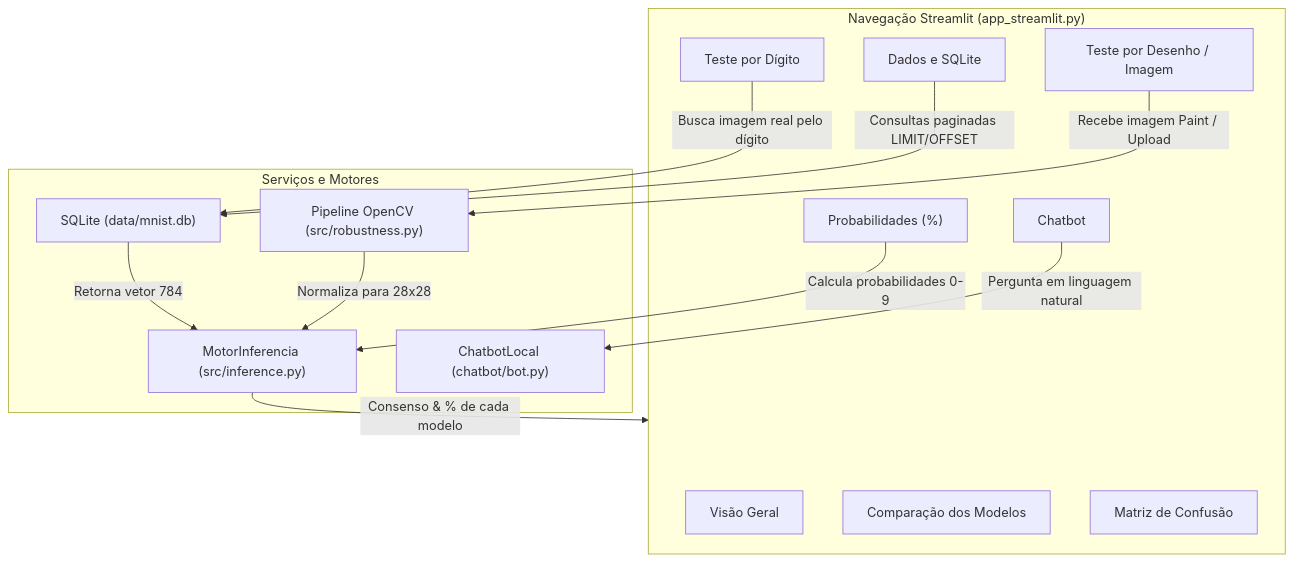
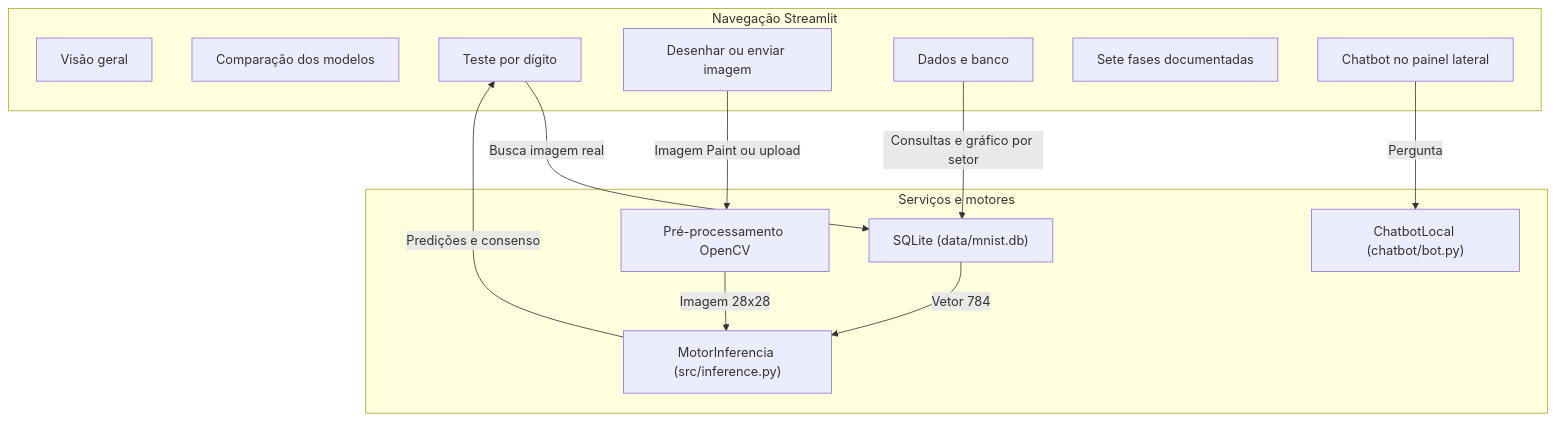
The diagram in docs/etapas/05_streamlit_chatbot.md (Carlos779-cloud/SCTEC_2026_Projeto_Final), drawn with Mermaid before and after one commit. The commit also changed other lines of this file and 17 other files, not shown here.

````diff
--- a/docs/etapas/05_streamlit_chatbot.md
+++ b/docs/etapas/05_streamlit_chatbot.md
@@ -25,32 +23,27 @@
 ```mermaid
 flowchart TD
-    subgraph UI ["Navegação Streamlit (app_streamlit.py)"]
-        N1["Visão Geral"]
-        N2["Comparação dos Modelos"]
-        N3["Teste por Dígito"]
-        N4["Teste por Desenho / Imagem"]
-        N5["Probabilidades (%)"]
-        N6["Matriz de Confusão"]
-        N7["Dados e SQLite"]
-        N8["Chatbot"]
+    subgraph UI ["Navegação Streamlit"]
+        N1["Visão geral"]
+        N2["Comparação dos modelos"]
+        N3["Teste por dígito"]
+        N4["Desenhar ou enviar imagem"]
+        N5["Dados e banco"]
+        DOCS["Sete fases documentadas"]
+        CHAT["Chatbot no painel lateral"]
     end
 
-    subgraph Processamento ["Serviços e Motores"]
+    subgraph Processamento ["Serviços e motores"]
         DB["SQLite (data/mnist.db)"]
         INF["MotorInferencia (src/inference.py)"]
-        CV["Pipeline OpenCV (src/robustness.py)"]
+        CV["Pré-processamento OpenCV"]
         CB["ChatbotLocal (chatbot/bot.py)"]
     end
 
-    N3 -->|Busca imagem real pelo dígito| DB
-    DB -->|Retorna vetor 784| INF
-
-    N4 -->|Recebe imagem Paint / Upload| CV
-    CV -->|Normaliza para 28x28| INF
-
-    N5 -->|Calcula probabilidades 0-9| INF
-    N7 -->|Consultas paginadas LIMIT/OFFSET| DB
-    N8 -->|Pergunta em linguagem natural| CB
-
-    INF -->|Consenso & % de cada modelo| UI
+    N3 -->|Busca imagem real| DB
+    DB -->|Vetor 784| INF
+    N4 -->|Imagem Paint ou upload| CV
+    CV -->|Imagem 28x28| INF
+    N5 -->|Consultas e gráfico por setor| DB
+    CHAT -->|Pergunta| CB
+    INF -->|Predições e consenso| N3
 ```
````
